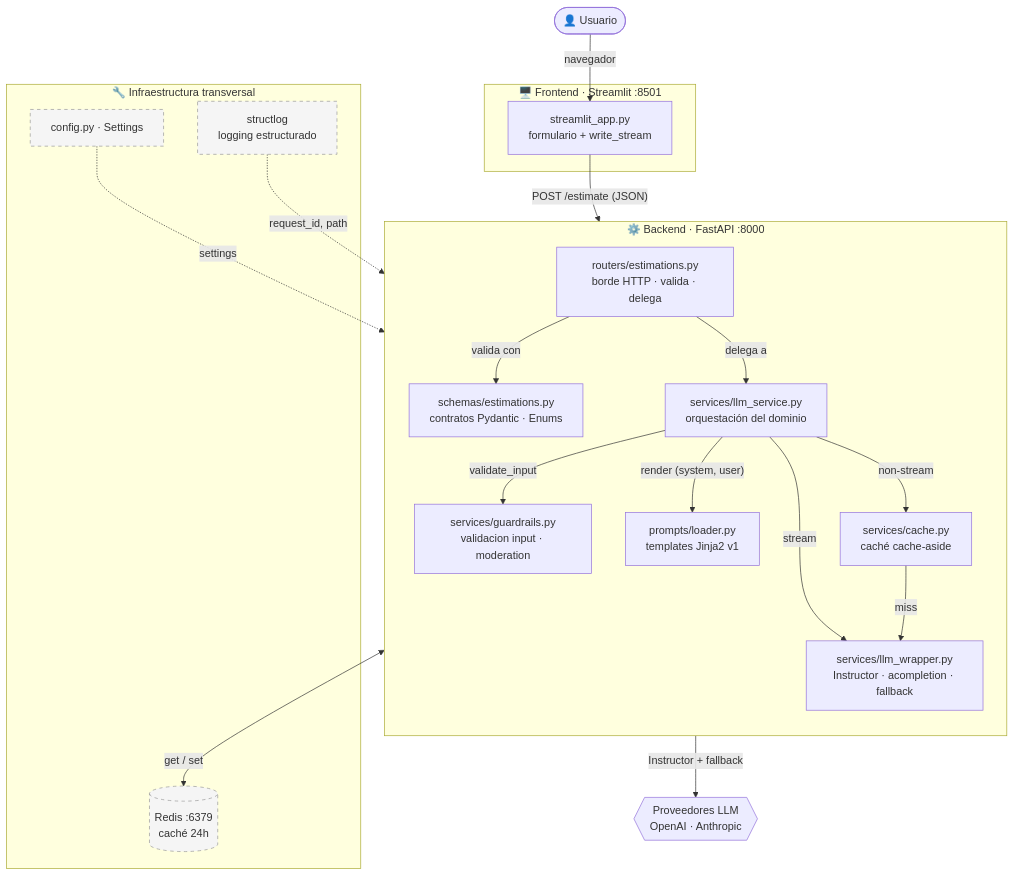
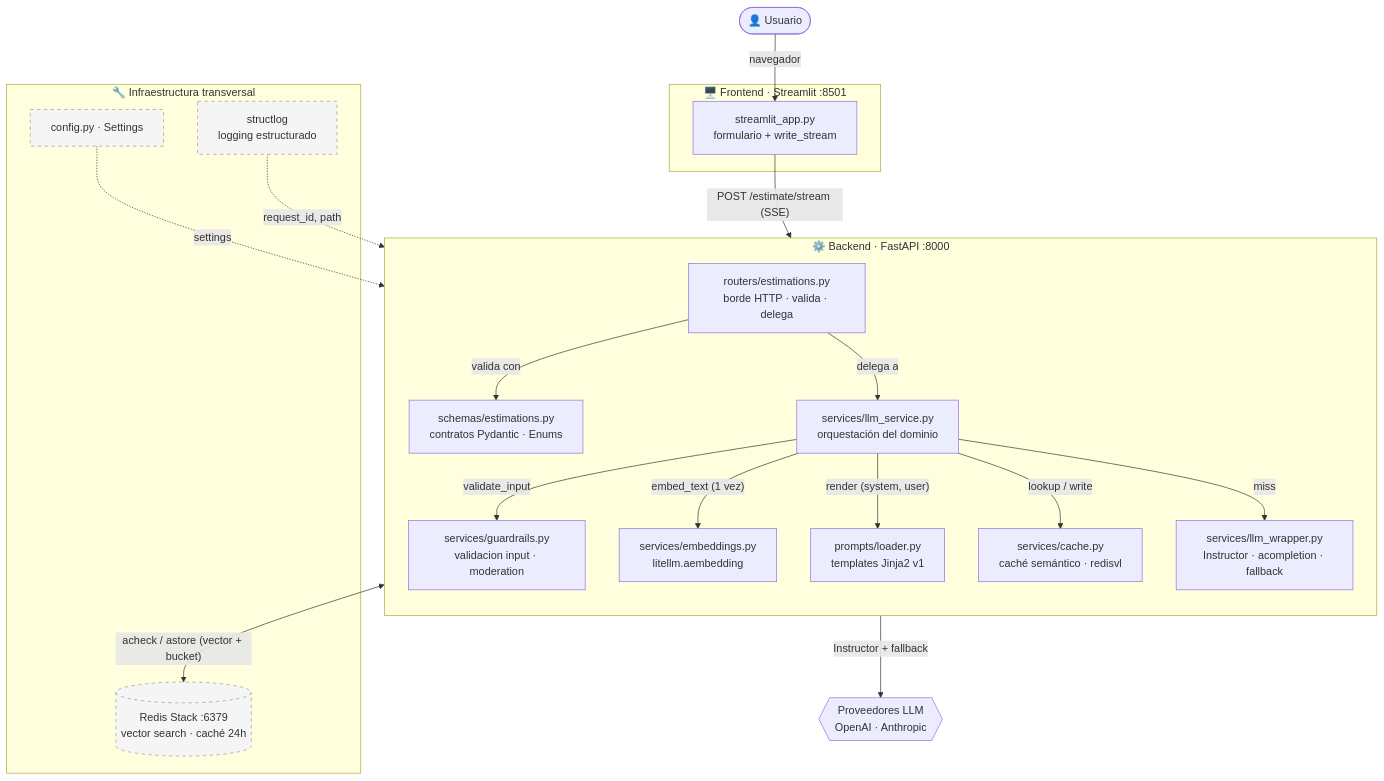
The first of 11 diagrams in ARCHITECTURE.md (salvalcaraz080/LIDR-RAG-master), drawn with Mermaid before and after one commit. The commit also changed other lines of this file and 16 other files, not shown here.

First line of the commit message:
feat: sesión 04 B5 — caché semántico (redisvl) + embeddings + usage en streaming

````diff
--- a/ARCHITECTURE.md
+++ b/ARCHITECTURE.md
@@ -46,45 +48,46 @@
 ```mermaid
 flowchart TB
     user([👤 Usuario])
 
     subgraph frontend["🖥️ Frontend · Streamlit :8501"]
         ui[streamlit_app.py<br/>formulario + write_stream]
     end
 
     subgraph backend["⚙️ Backend · FastAPI :8000"]
         direction TB
         router["routers/estimations.py<br/>borde HTTP · valida · delega"]
         schema["schemas/estimations.py<br/>contratos Pydantic · Enums"]
         service["services/llm_service.py<br/>orquestación del dominio"]
         prompts["prompts/loader.py<br/>templates Jinja2 v1"]
-        cache["services/cache.py<br/>caché cache-aside"]
+        embeddings["services/embeddings.py<br/>litellm.aembedding"]
+        cache["services/cache.py<br/>caché semántico · redisvl"]
         guardrails["services/guardrails.py<br/>validacion input · moderation"]
         wrapper["services/llm_wrapper.py<br/>Instructor · acompletion · fallback"]
     end
 
     subgraph infra["🔧 Infraestructura transversal"]
-        redis[("Redis :6379<br/>caché 24h")]
+        redis[("Redis Stack :6379<br/>vector search · caché 24h")]
         logging["structlog<br/>logging estructurado"]
         config["config.py · Settings"]
     end
 
     providers{{"Proveedores LLM<br/>OpenAI · Anthropic"}}
 
     user -->|"navegador"| ui
-    ui -->|"POST /estimate (JSON)"| router
+    ui -->|"POST /estimate/stream (SSE)"| router
     router -->|"valida con"| schema
     router -->|"delega a"| service
     service -->|"validate_input"| guardrails
+    service -->|"embed_text (1 vez)"| embeddings
     service -->|"render (system, user)"| prompts
-    service -->|"non-stream"| cache
-    service -->|"stream"| wrapper
-    cache <-->|"get / set"| redis
-    cache -->|"miss"| wrapper
+    service -->|"lookup / write"| cache
+    service -->|"miss"| wrapper
+    cache <-->|"acheck / astore (vector + bucket)"| redis
     wrapper -->|"Instructor + fallback"| providers
 
     config -.->|"settings"| backend
     logging -.->|"request_id, path"| backend
 
     classDef infraStyle fill:#f5f5f5,stroke:#999,stroke-dasharray:5
     class redis,logging,config infraStyle
 ```
````
